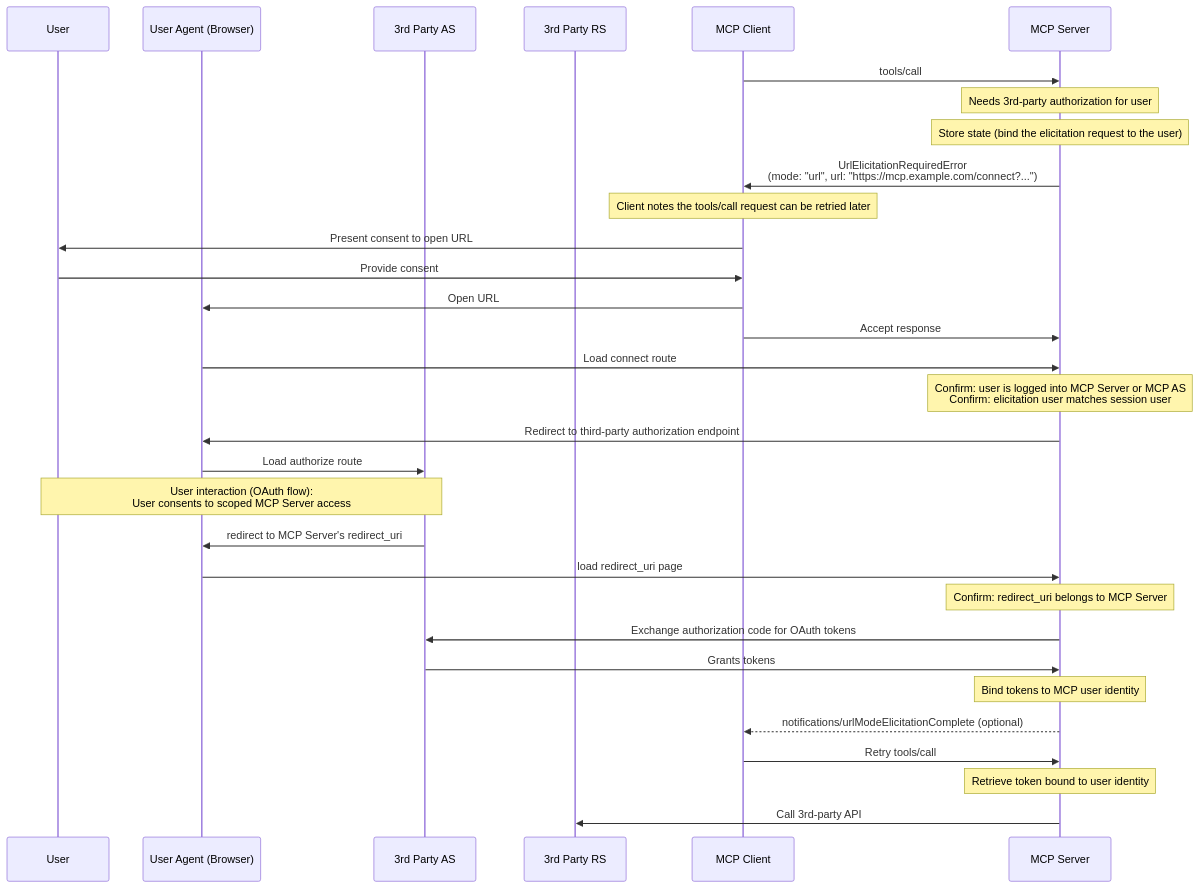
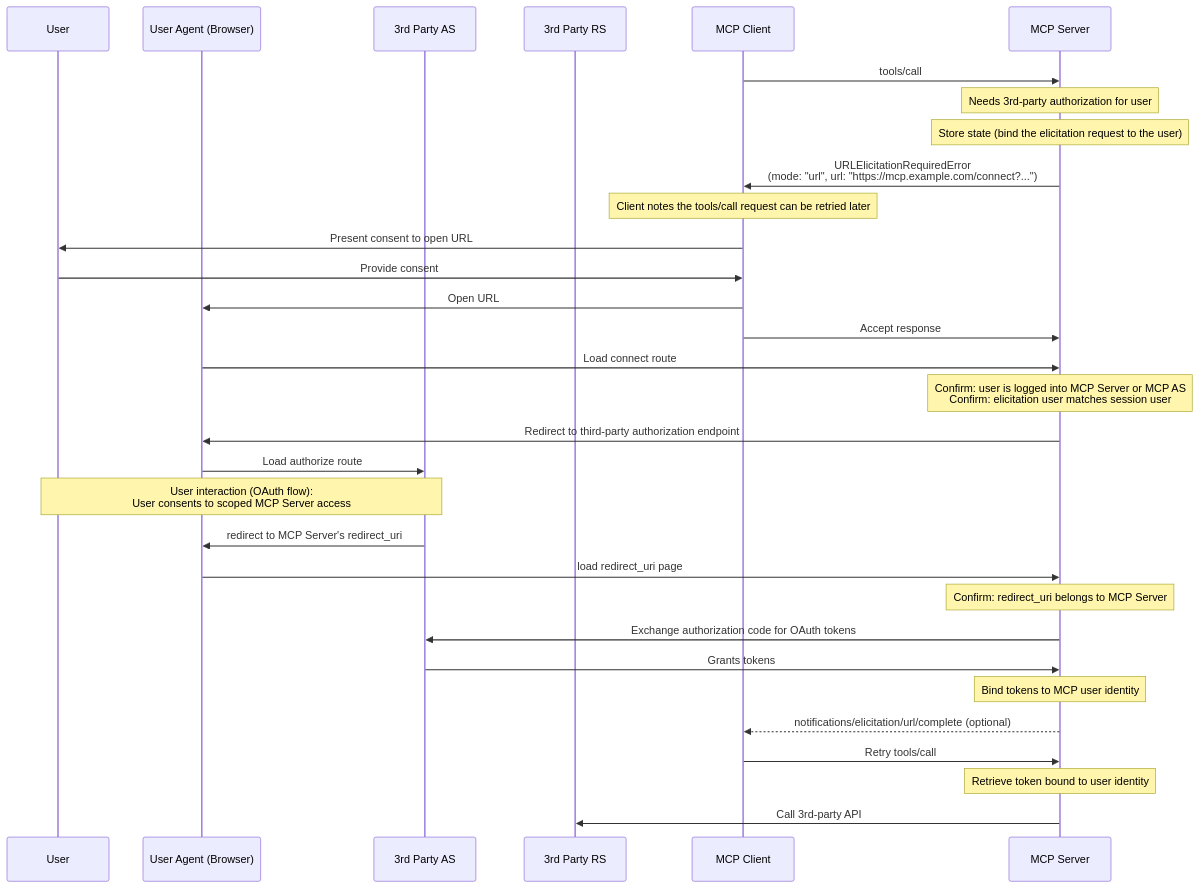
One commit to modelcontextprotocol/modelcontextprotocol changed the fourth of 4 diagrams in docs/specification/draft/client/elicitation.mdx. Above: the diagram before and after it, drawn with Mermaid. The commit also changed other lines of this file and 3 other files, not shown here.

````diff
--- a/docs/specification/draft/client/elicitation.mdx
+++ b/docs/specification/draft/client/elicitation.mdx
@@ -587,34 +587,34 @@
 ```mermaid
 sequenceDiagram
     participant User
     participant UserAgent as User Agent (Browser)
     participant 3AS as 3rd Party AS
     participant 3RS as 3rd Party RS
     participant Client as MCP Client
     participant Server as MCP Server
 
     Client->>Server: tools/call
     Note over Server: Needs 3rd-party authorization for user
     Note over Server: Store state (bind the elicitation request to the user)
-    Server->>Client: UrlElicitationRequiredError<br> (mode: "url", url: "https://mcp.example.com/connect?...")
+    Server->>Client: URLElicitationRequiredError<br> (mode: "url", url: "https://mcp.example.com/connect?...")
     Note over Client: Client notes the tools/call request can be retried later
     Client->>User: Present consent to open URL
     User->>Client: Provide consent
     Client->>UserAgent: Open URL
     Client->>Server: Accept response
     UserAgent->>Server: Load connect route
     Note over Server: Confirm: user is logged into MCP Server or MCP AS<br>Confirm: elicitation user matches session user
     Server->>UserAgent: Redirect to third-party authorization endpoint
     UserAgent->>3AS: Load authorize route
     Note over 3AS,User: User interaction (OAuth flow):<br>User consents to scoped MCP Server access
     3AS->>UserAgent: redirect to MCP Server's redirect_uri
     UserAgent->>Server: load redirect_uri page
     Note over Server: Confirm: redirect_uri belongs to MCP Server
     Server->>3AS: Exchange authorization code for  OAuth tokens
     3AS->>Server: Grants tokens
     Note over Server: Bind tokens to MCP user identity
-    Server-->>Client: notifications/urlModeElicitationComplete (optional)
+    Server-->>Client: notifications/elicitation/url/complete (optional)
     Client->>Server: Retry tools/call
     Note over Server: Retrieve token bound to user identity
     Server->>3RS: Call 3rd-party API
 ```
````
